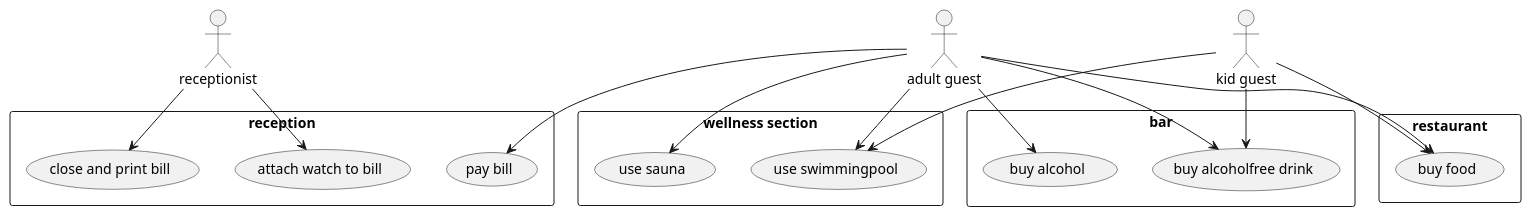
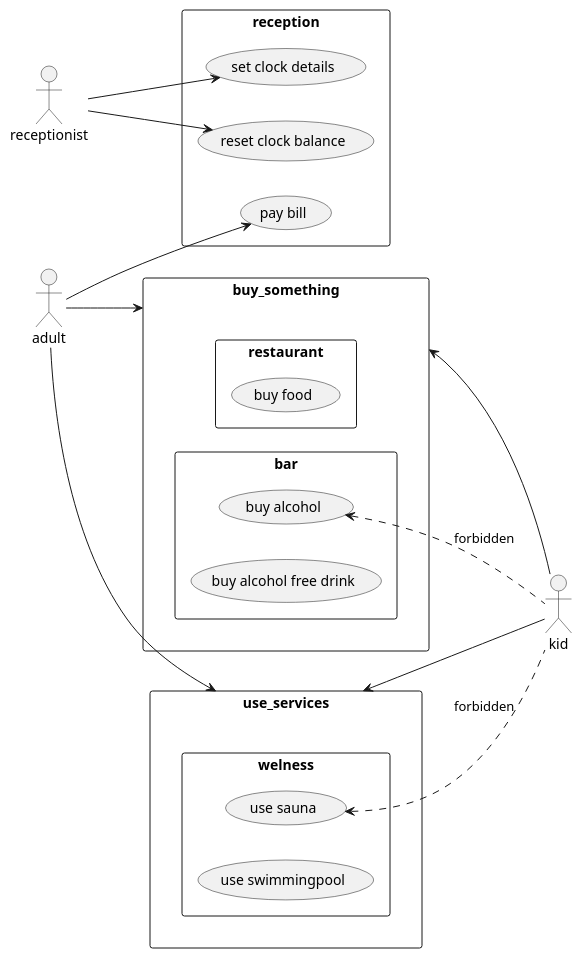
Before and after one commit to czafikm/AFP-Team-6: the diagram in docs/UseCase.puml, drawn with PlantUML.

Commit message:
UseCase diagram módosítása #4

```diff
--- a/docs/UseCase.puml
+++ b/docs/UseCase.puml
@@ -1,37 +1,36 @@
 @startuml
-:receptionist: as rec
-:adult guest: as g1
-:kid guest: as g2
+left to right direction
 
-
-rectangle bar{
- usecase "buy alcohol" as uc1
- usecase "buy alcoholfree drink" as uc2
-}
-rectangle "wellness section"{
- usecase "use sauna" as uc3
- usecase "use swimmingpool" as uc4
+rectangle reception{
+(set clock details)
+(reset clock balance)
+(pay bill)
 }
 
-rectangle "restaurant"{
- usecase "buy food" as uc5
+rectangle buy_something{
+rectangle restaurant{
+(buy food)
+}
+rectangle bar{
+(buy alcohol)
+(buy alcohol free drink)
+}
 }
 
-rectangle "reception"{
- usecase "attach watch to bill" as uc6
- usecase "close and print bill" as uc7
- usecase "pay bill" as uc8
+rectangle use_services{
+rectangle welness{
+(use sauna)
+(use swimmingpool)
+}
 }
 
-rec-->uc6
-rec-->uc7
-g1-->uc1
-g1-->uc2
-g1-->uc3
-g1-->uc4
-g1-->uc5
-g1-->uc8
-g2-->uc2
-g2-->uc4
-g2-->uc5
+:receptionist:-->(set clock details)
+:receptionist:-->(reset clock balance)
+:adult:-->buy_something
+:adult:-->use_services
+:adult:-->(pay bill)
+(buy alcohol)<..:kid::forbidden
+(use sauna)<..:kid::forbidden
+buy_something<--:kid:
+use_services<--:kid:
 @enduml
```
